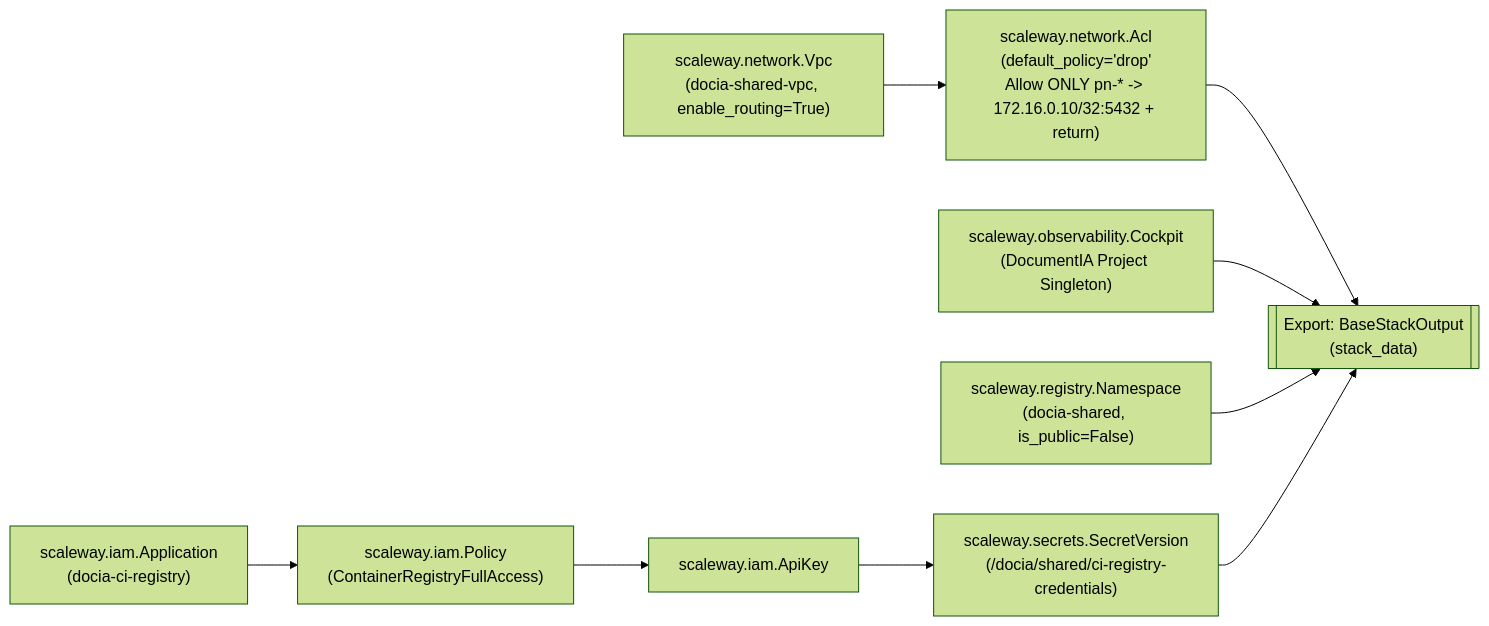
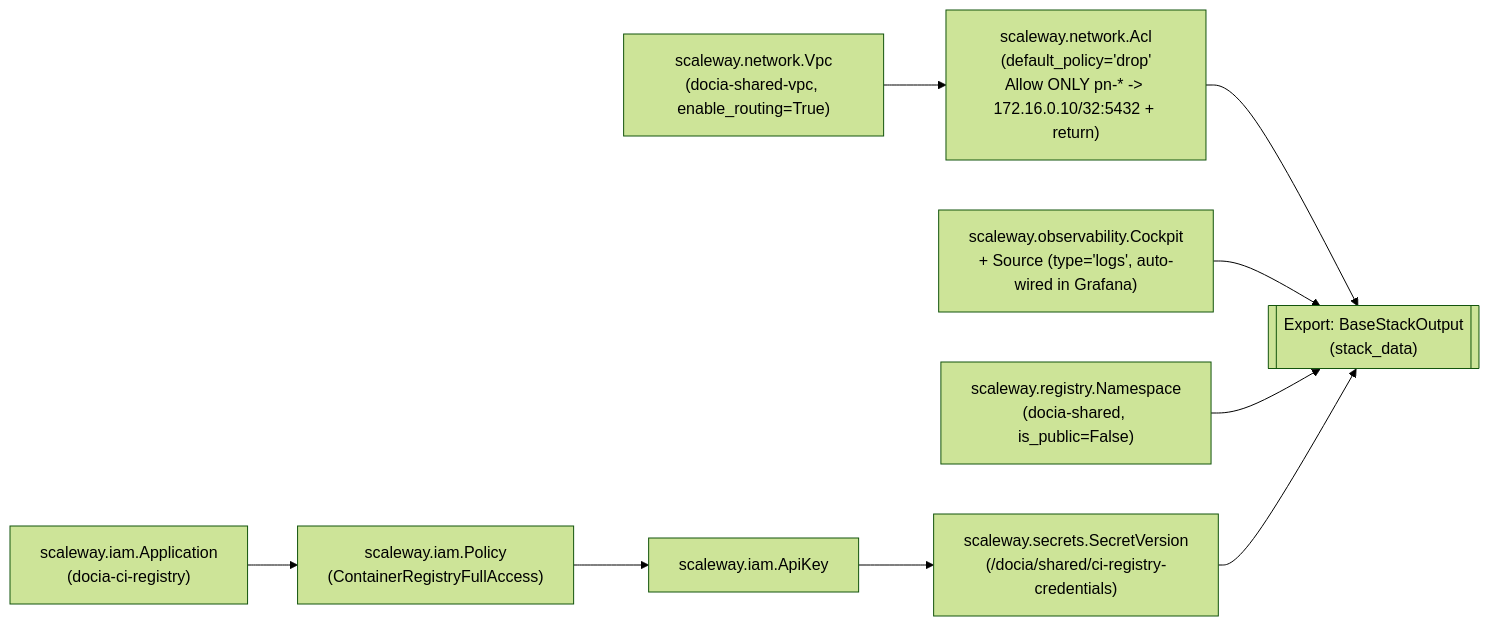
Diagram 14 of 20 in docs/ARCHITECTURE.md (etalab-ia/document-ia-infra), drawn with Mermaid (forest theme) before and after one commit. The commit also changed other lines of this file, not shown here.

First line of the commit message:
docs(architecture): add Network & Isolation deep-dive diagrams and Cockpit log source security

````diff
--- a/docs/ARCHITECTURE.md
+++ b/docs/ARCHITECTURE.md
@@ -1022,11 +1169,11 @@
 ```mermaid
 flowchart LR
     VPC["scaleway.network.Vpc<br/>(docia-shared-vpc, enable_routing=True)"] --> VPC_ACL["scaleway.network.Acl<br/>(default_policy='drop'<br/>Allow ONLY pn-* -> 172.16.0.10/32:5432 + return)"]
-    COCKPIT["scaleway.observability.Cockpit<br/>(DocumentIA Project Singleton)"]
+    COCKPIT["scaleway.observability.Cockpit<br/>+ Source (type='logs', auto-wired in Grafana)"]
     REG["scaleway.registry.Namespace<br/>(docia-shared, is_public=False)"]
     CI_APP["scaleway.iam.Application<br/>(docia-ci-registry)"] --> CI_POL["scaleway.iam.Policy<br/>(ContainerRegistryFullAccess)"]
     CI_POL --> CI_KEY["scaleway.iam.ApiKey"]
     CI_KEY --> CI_SEC["scaleway.secrets.SecretVersion<br/>(/docia/shared/ci-registry-credentials)"]
 
     VPC_ACL & COCKPIT & REG & CI_SEC --> OUT[["Export: BaseStackOutput<br/>(stack_data)"]]
 ```
````
